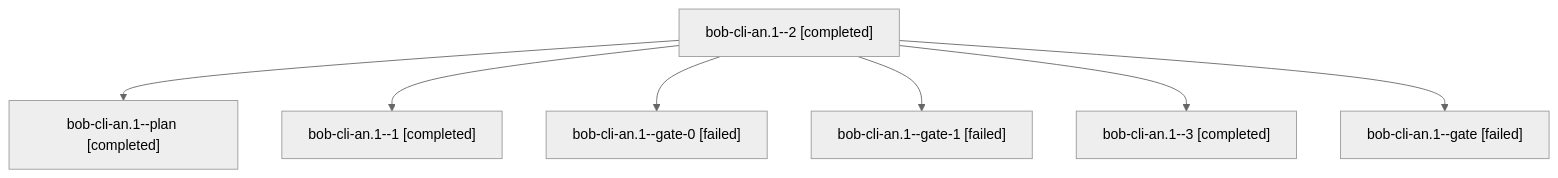
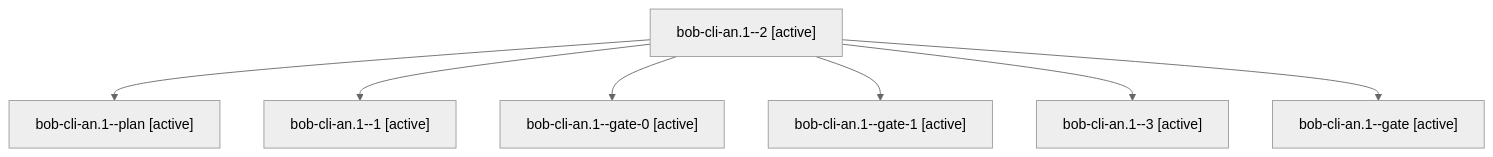
The diagram in sessions/bbugyi200.athena.bob-cli-an.1.md (bobs-org/bob-cli--agents), drawn with Mermaid (neutral theme) before and after one commit. The commit also changed other lines of this file and 122 other files, not shown here.

````diff
--- a/sessions/bbugyi200.athena.bob-cli-an.1.md
+++ b/sessions/bbugyi200.athena.bob-cli-an.1.md
@@ -9,16 +9,16 @@
 ```mermaid
 flowchart TD
-  n0["bob-cli-an.1--2 [completed]"]
-  n1["bob-cli-an.1--plan [completed]"]
+  n0["bob-cli-an.1--2 [active]"]
+  n1["bob-cli-an.1--plan [active]"]
   n0 --> n1
-  n2["bob-cli-an.1--1 [completed]"]
+  n2["bob-cli-an.1--1 [active]"]
   n0 --> n2
-  n3["bob-cli-an.1--gate-0 [failed]"]
+  n3["bob-cli-an.1--gate-0 [active]"]
   n0 --> n3
-  n4["bob-cli-an.1--gate-1 [failed]"]
+  n4["bob-cli-an.1--gate-1 [active]"]
   n0 --> n4
-  n5["bob-cli-an.1--3 [completed]"]
+  n5["bob-cli-an.1--3 [active]"]
   n0 --> n5
-  n6["bob-cli-an.1--gate [failed]"]
+  n6["bob-cli-an.1--gate [active]"]
   n0 --> n6
 ```
````
